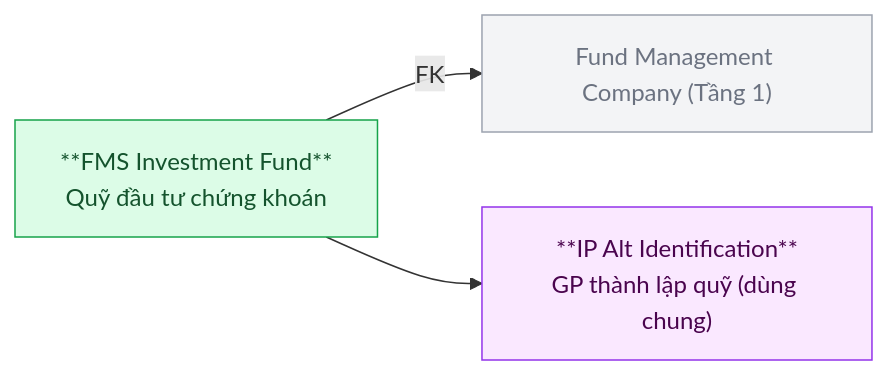
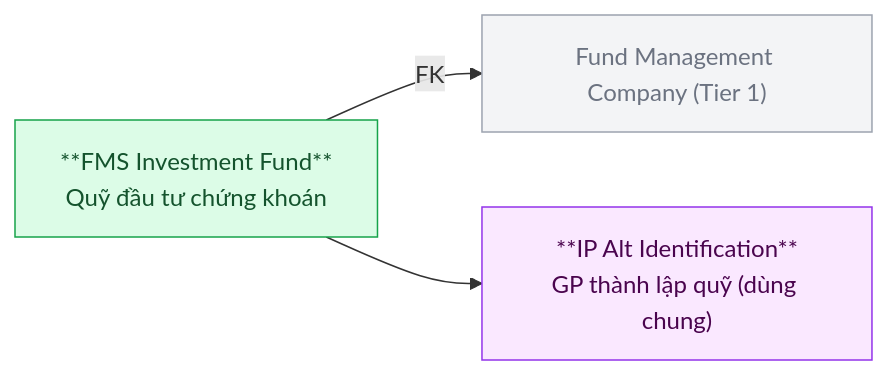
The second of 16 diagrams in Silver/hld/FMS_HLD_Tier2.md (linhlvit/ubck_atomic_design), drawn with Mermaid before and after one commit. The commit also changed other lines of this file and 111 other files, not shown here.

````diff
--- a/Silver/hld/FMS_HLD_Tier2.md
+++ b/Silver/hld/FMS_HLD_Tier2.md
@@ -38,13 +32,13 @@
 ```mermaid
 graph LR
     classDef silver fill:#dcfce7,stroke:#16a34a,color:#14532d
     classDef shared fill:#fae8ff,stroke:#9333ea,color:#4a044e
     classDef refnode fill:#f3f4f6,stroke:#9ca3af,color:#6b7280
 
-    FMC["Fund Management Company (Tầng 1)"]:::refnode
+    FMC["Fund Management Company (Tier 1)"]:::refnode
     FUND["**FMS Investment Fund**\nQuỹ đầu tư chứng khoán"]:::silver
     ALTID["**IP Alt Identification**\nGP thành lập quỹ (dùng chung)"]:::shared
 
     FUND -->|FK| FMC
     FUND --> ALTID
 ```
````
